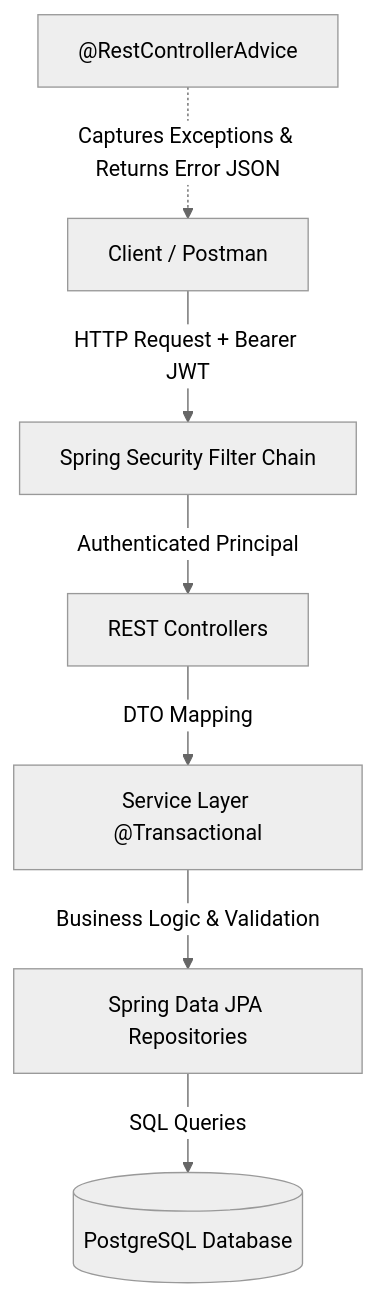
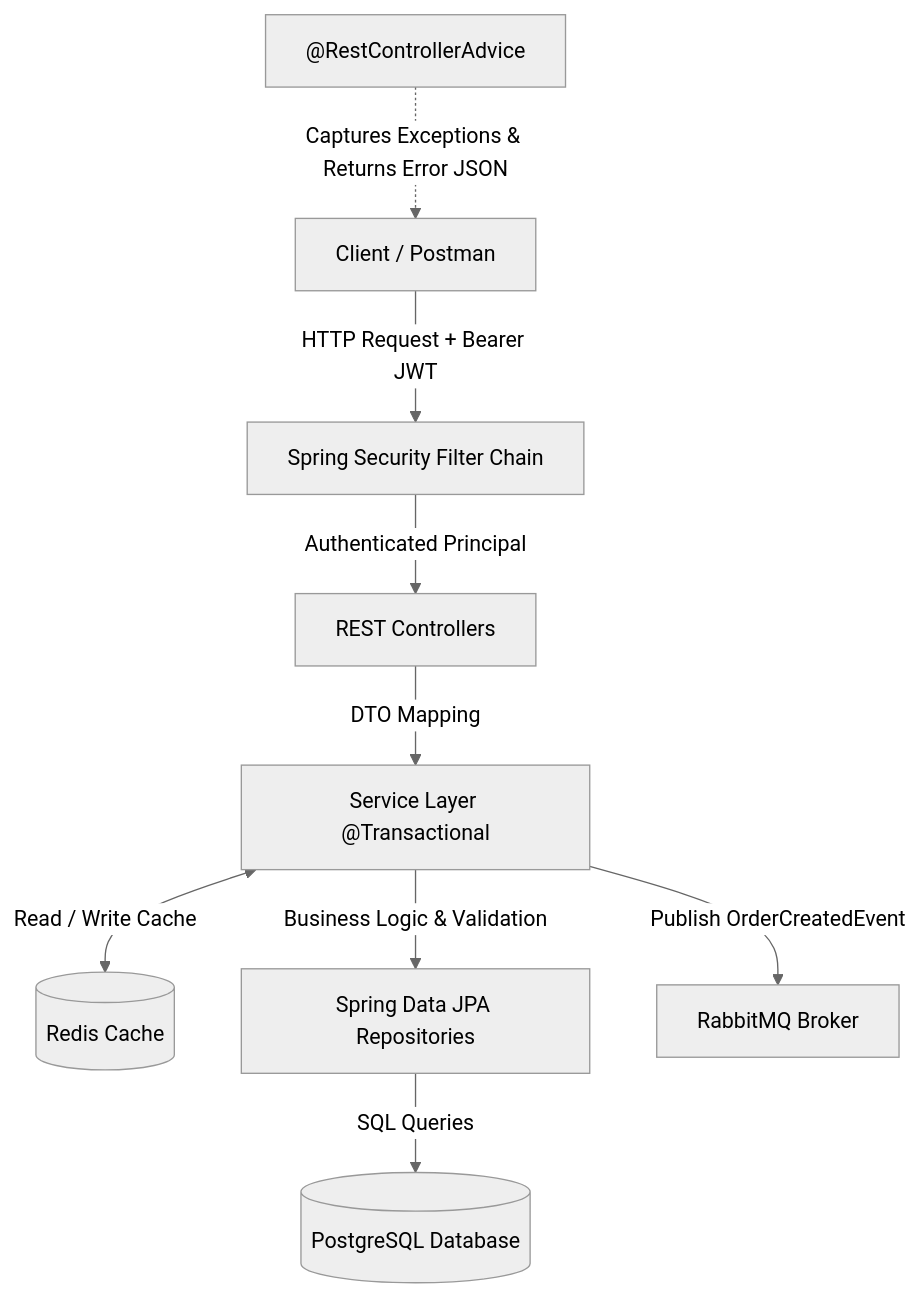
The first of 2 diagrams in README.md (yusufkayiss/ecommerce-core-api), drawn with Mermaid (neutral theme) before and after one commit. The commit also changed other lines of this file, not shown here.

First line of the commit message:
Revise README for architecture and tech stack updates

````diff
--- a/README.md
+++ b/README.md
@@ -25,10 +28,14 @@
 ```mermaid
 graph TD
     Client[Client / Postman] -->|HTTP Request + Bearer JWT| Security[Spring Security Filter Chain]
     Security -->|Authenticated Principal| Controller[REST Controllers]
     Controller -->|DTO Mapping| Service["Service Layer @Transactional"]
+    
+    Service <-->|Read / Write Cache| Redis[(Redis Cache)]
     Service -->|Business Logic & Validation| Repo[Spring Data JPA Repositories]
     Repo -->|SQL Queries| DB[(PostgreSQL Database)]
     
+    Service -->|Publish OrderCreatedEvent| Rabbit[RabbitMQ Broker]
+    
     GlobalHandler["@RestControllerAdvice"] -.->|Captures Exceptions & Returns Error JSON| Client
 ```
````
